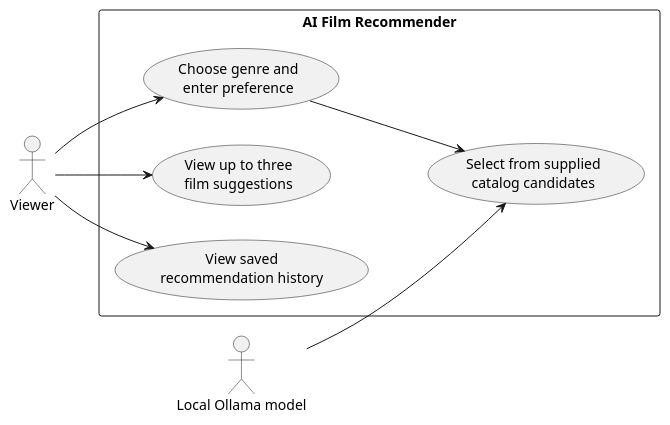
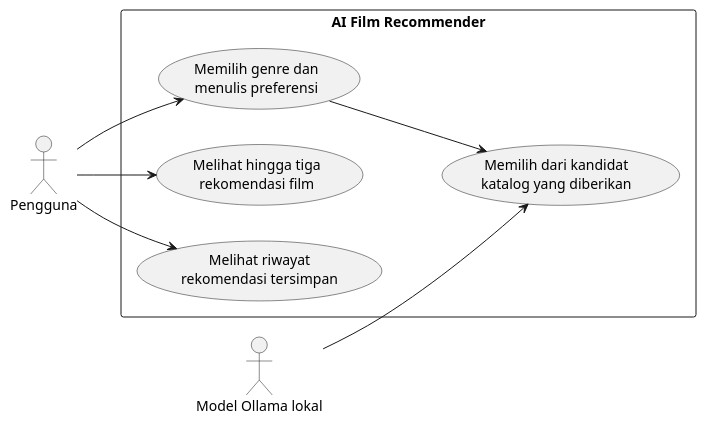
The first of 4 diagrams in docs/data-model.md (AwanNada/Project-UAS-RPLLanjut), drawn with PlantUML before and after one commit. The commit also changed other lines of this file and 4 other files, not shown here.

````diff
--- a/docs/data-model.md
+++ b/docs/data-model.md
@@ -5,18 +5,18 @@
 ```plantuml
 @startuml
 left to right direction
-actor Viewer
-actor "Local Ollama model" as Ollama
+actor Pengguna
+actor "Model Ollama lokal" as Ollama
 rectangle "AI Film Recommender" {
-  usecase "Choose genre and\nenter preference" as UC1
-  usecase "View up to three\nfilm suggestions" as UC2
-  usecase "View saved\nrecommendation history" as UC3
-  usecase "Select from supplied\ncatalog candidates" as UC4
+  usecase "Memilih genre dan\nmenulis preferensi" as UC1
+  usecase "Melihat hingga tiga\nrekomendasi film" as UC2
+  usecase "Melihat riwayat\nrekomendasi tersimpan" as UC3
+  usecase "Memilih dari kandidat\nkatalog yang diberikan" as UC4
 }
-Viewer --> UC1
-Viewer --> UC2
-Viewer --> UC3
+Pengguna --> UC1
+Pengguna --> UC2
+Pengguna --> UC3
 UC1 --> UC4
 Ollama --> UC4
 @enduml
 ```
````
